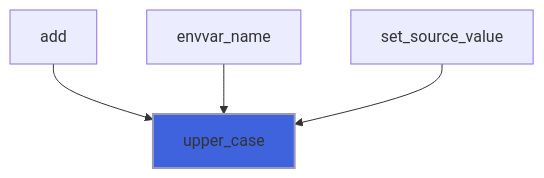
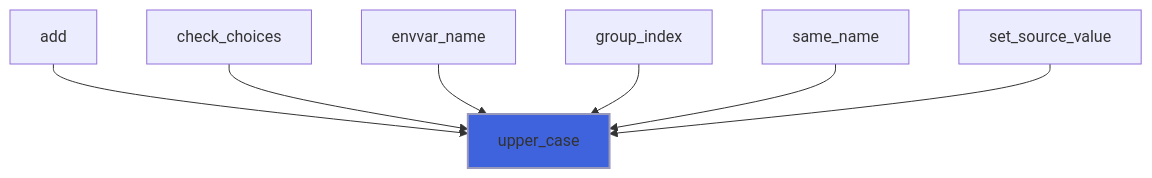
One commit to szaghi/FLAP changed diagram 14 of 15 in docs/api/src/lib/flap_utils_m.md. Above: the diagram before and after it, drawn with Mermaid. The commit also changed 13 other files, not shown here.

First line of the commit message:
feat(cli): case-insensitive switches, commands and choices

````diff
--- a/docs/api/src/lib/flap_utils_m.md
+++ b/docs/api/src/lib/flap_utils_m.md
@@ -497,7 +497,10 @@
 ```mermaid
 flowchart TD
   add["add"] --> upper_case["upper_case"]
+  check_choices["check_choices"] --> upper_case["upper_case"]
   envvar_name["envvar_name"] --> upper_case["upper_case"]
+  group_index["group_index"] --> upper_case["upper_case"]
+  same_name["same_name"] --> upper_case["upper_case"]
   set_source_value["set_source_value"] --> upper_case["upper_case"]
   style upper_case fill:#3e63dd,stroke:#99b,stroke-width:2px
 ```
````
